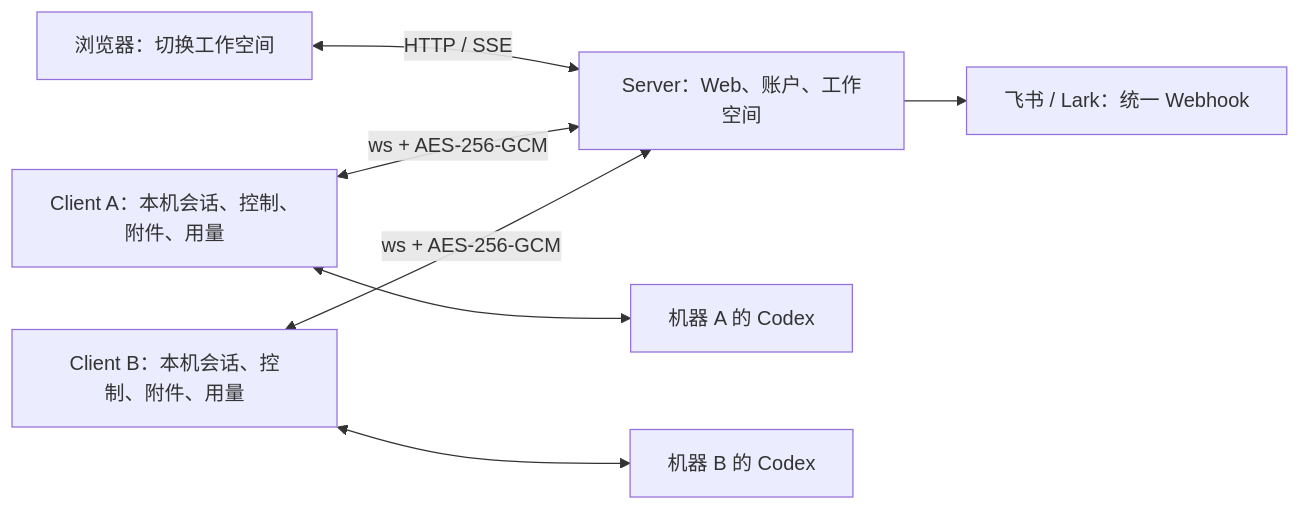
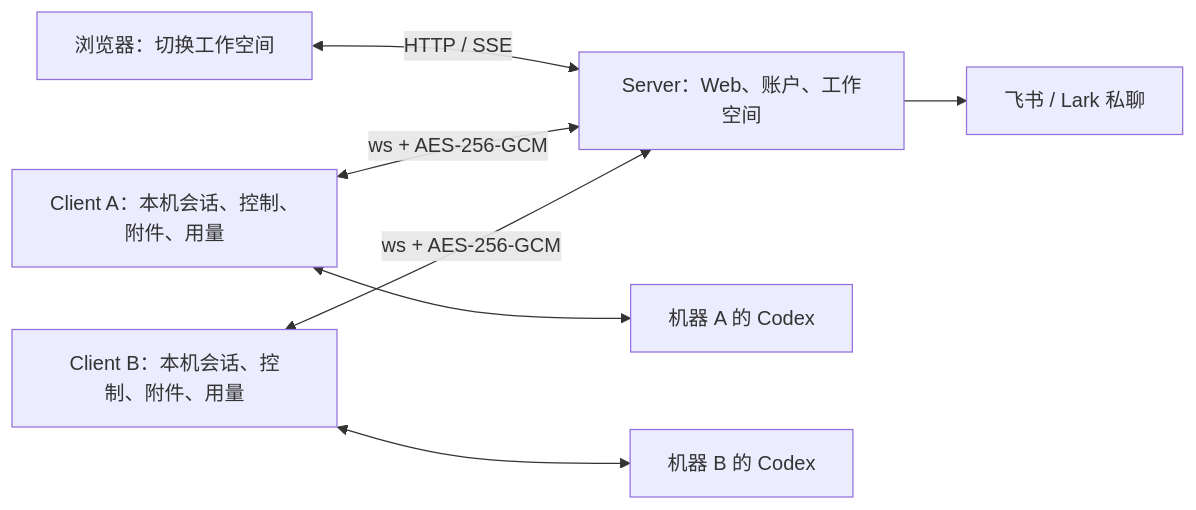
One commit to 0xcaffebabe/codex-monitor changed the diagram in docs/server-client.md. Above: the diagram before and after it, drawn with Mermaid. The commit also changed other lines of this file and 35 other files, not shown here.

````diff
--- a/docs/server-client.md
+++ b/docs/server-client.md
@@ -9,9 +9,9 @@
 ```mermaid
 flowchart LR
   Browser[浏览器：切换工作空间] <-->|HTTP / SSE| Server[Server：Web、账户、工作空间]
   ClientA[Client A：本机会话、控制、附件、用量] <-->|ws + AES-256-GCM| Server
   ClientB[Client B：本机会话、控制、附件、用量] <-->|ws + AES-256-GCM| Server
   ClientA <--> CodexA[机器 A 的 Codex]
   ClientB <--> CodexB[机器 B 的 Codex]
-  Server --> Lark[飞书 / Lark：统一 Webhook]
+  Server --> Lark[飞书 / Lark 私聊]
 ```
````
